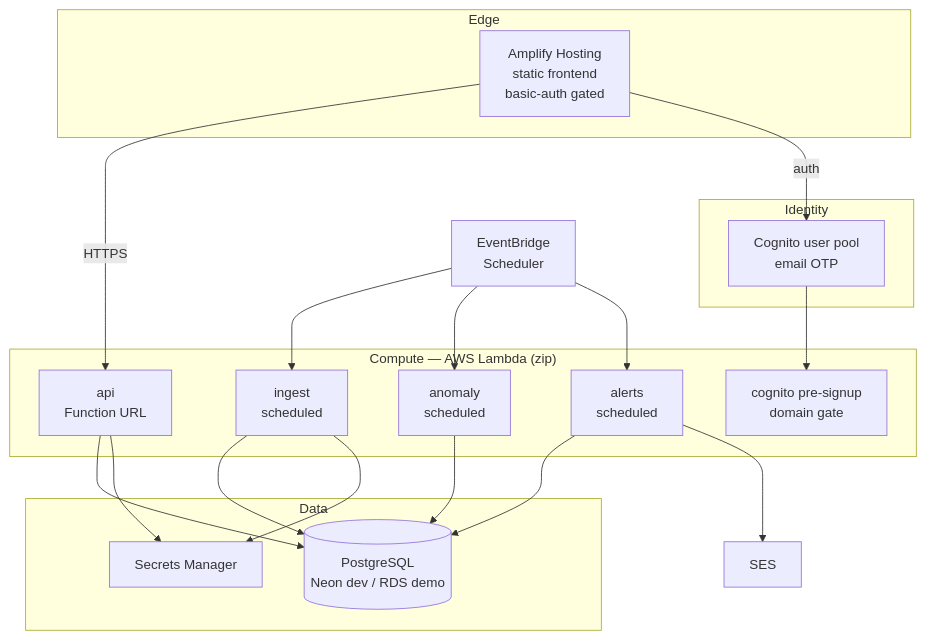
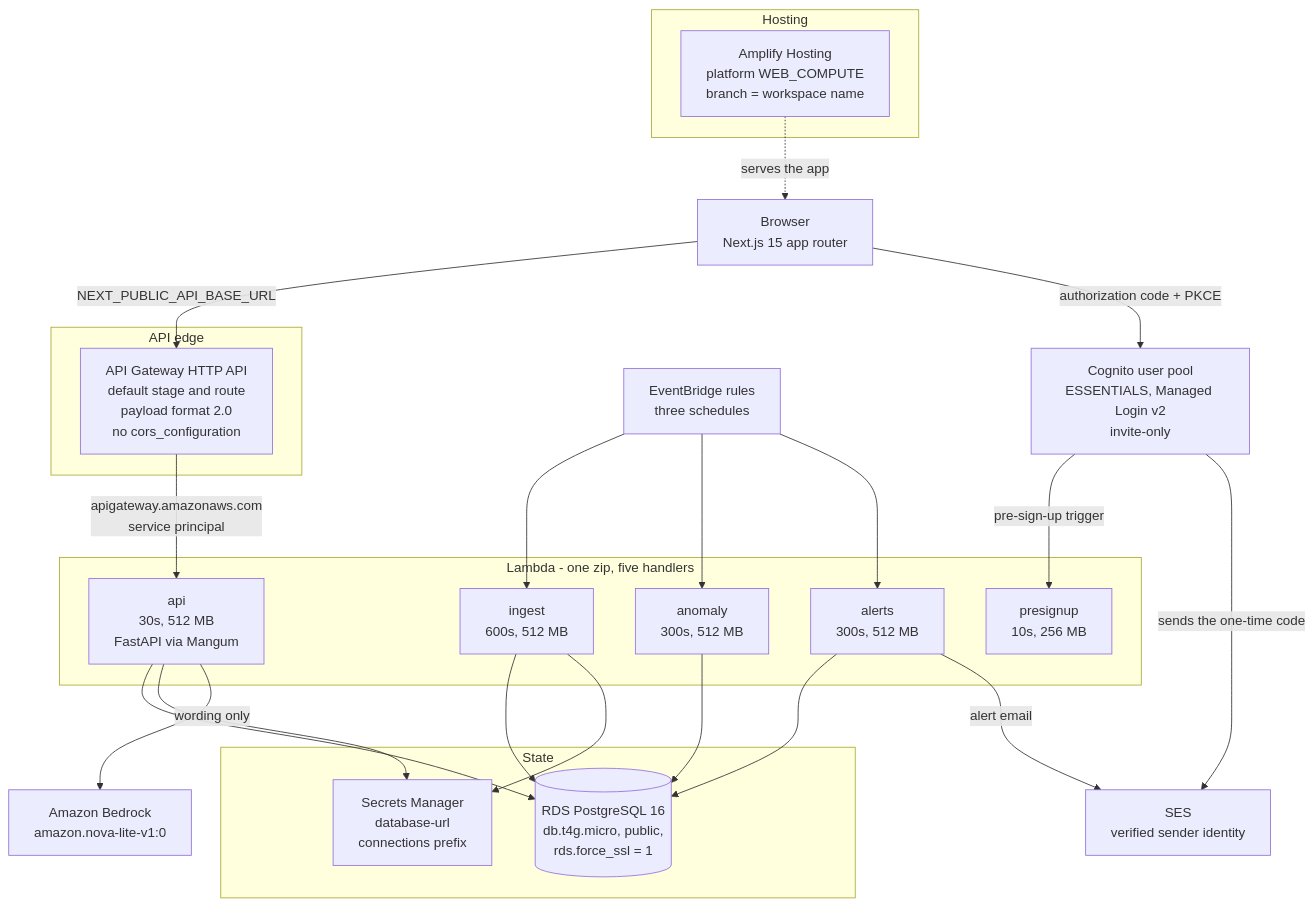
One commit to Hemanth0411/Cloud_Cost_Intelligence_Hub changed the second of 4 diagrams in docs/02-architecture.md. Above: the diagram before and after it, drawn with Mermaid. The commit also changed other lines of this file and 15 other files, not shown here.

First line of the commit message:
Describe the system that exists, not the one three docs remembered

````diff
--- a/docs/02-architecture.md
+++ b/docs/02-architecture.md
@@ -39,40 +57,48 @@
 ```mermaid
 graph TB
-    subgraph EDGE["Edge"]
-        AMP["Amplify Hosting<br/>static frontend<br/>basic-auth gated"]
+    BR["Browser<br/>Next.js 15 app router"]
+
+    subgraph HOST["Hosting"]
+        AMP["Amplify Hosting<br/>platform WEB_COMPUTE<br/>branch = workspace name"]
     end
 
-    subgraph COMPUTE["Compute — AWS Lambda (zip)"]
-        API["api<br/>Function URL"]
-        ING["ingest<br/>scheduled"]
-        ANO["anomaly<br/>scheduled"]
-        ALR["alerts<br/>scheduled"]
-        PRE["cognito pre-signup<br/>domain gate"]
+    subgraph EDGE["API edge"]
+        AGW["API Gateway HTTP API<br/>default stage and route<br/>payload format 2.0<br/>no cors_configuration"]
     end
 
-    subgraph DATA["Data"]
-        PG[("PostgreSQL<br/>Neon dev / RDS demo")]
-        SM["Secrets Manager"]
+    subgraph FN["Lambda - one zip, five handlers"]
+        API["api<br/>30s, 512 MB<br/>FastAPI via Mangum"]
+        ING["ingest<br/>600s, 512 MB"]
+        ANO["anomaly<br/>300s, 512 MB"]
+        ALR["alerts<br/>300s, 512 MB"]
+        PRE["presignup<br/>10s, 256 MB"]
     end
 
-    subgraph AUTH["Identity"]
-        COG["Cognito user pool<br/>email OTP"]
+    subgraph STATE["State"]
+        RDS[("RDS PostgreSQL 16<br/>db.t4g.micro, public,<br/>rds.force_ssl = 1")]
+        SM["Secrets Manager<br/>database-url<br/>connections prefix"]
     end
 
-    EB["EventBridge<br/>Scheduler"]
-    SES["SES"]
+    COG["Cognito user pool<br/>ESSENTIALS, Managed Login v2<br/>invite-only"]
+    SES["SES<br/>verified sender identity"]
+    EB["EventBridge rules<br/>three schedules"]
+    BED["Amazon Bedrock<br/>amazon.nova-lite-v1:0"]
 
-    AMP -->|HTTPS| API
-    AMP -->|auth| COG
-    COG --> PRE
+    BR -->|"NEXT_PUBLIC_API_BASE_URL"| AGW
+    BR -->|"authorization code + PKCE"| COG
+    AMP -.->|"serves the app"| BR
+    AGW -->|"apigateway.amazonaws.com<br/>service principal"| API
+    COG -->|"pre-sign-up trigger"| PRE
+    COG -->|"sends the one-time code"| SES
     EB --> ING
     EB --> ANO
     EB --> ALR
-    API --> PG
-    ING --> PG
-    ANO --> PG
-    ALR --> PG
-    ALR --> SES
+    API --> RDS
+    ING --> RDS
+    ANO --> RDS
+    ALR --> RDS
+    API --> SM
     ING --> SM
-    API --> SM
+    ALR -->|"alert email"| SES
+    API -->|"wording only"| BED
 ```
````
